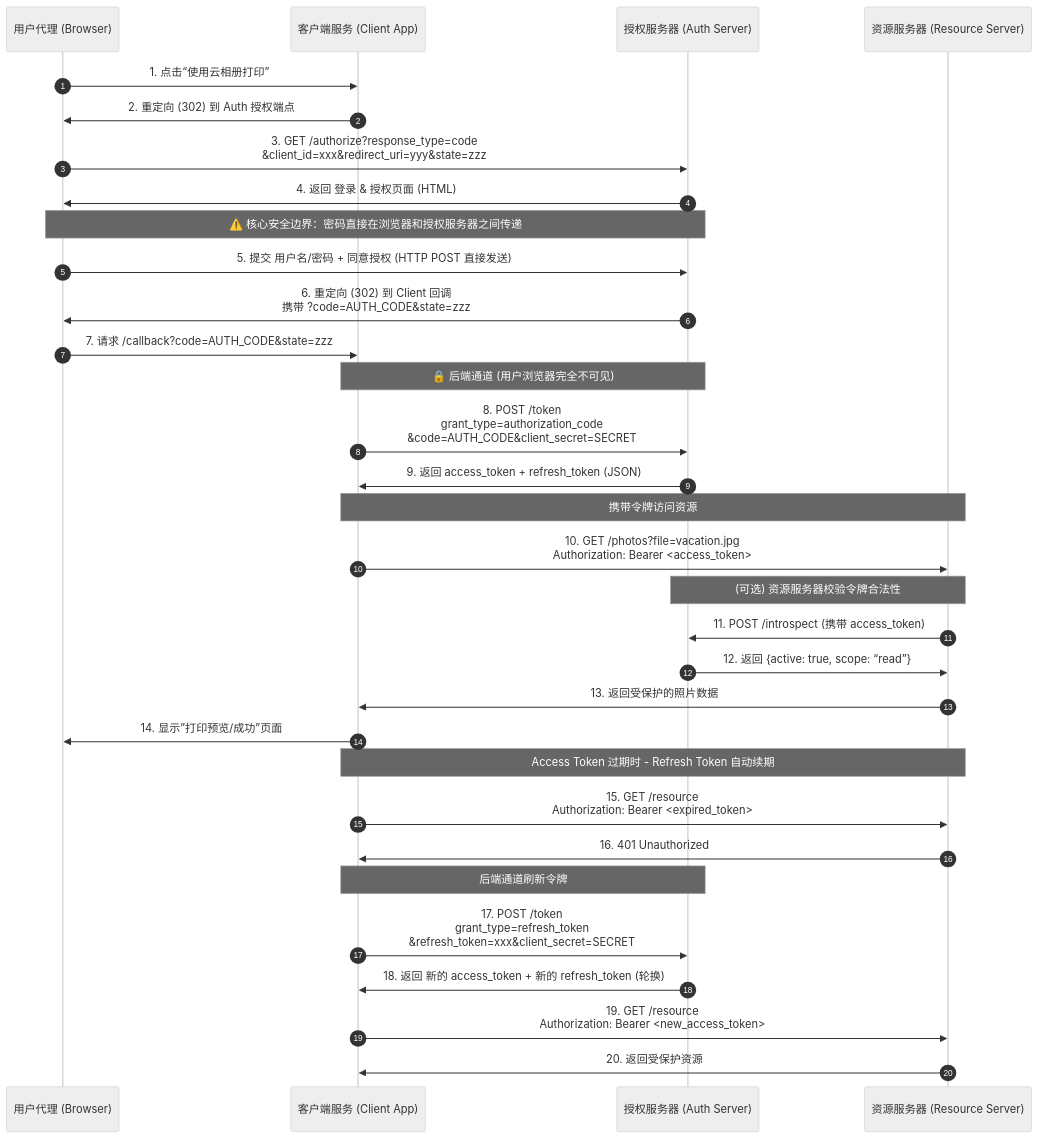
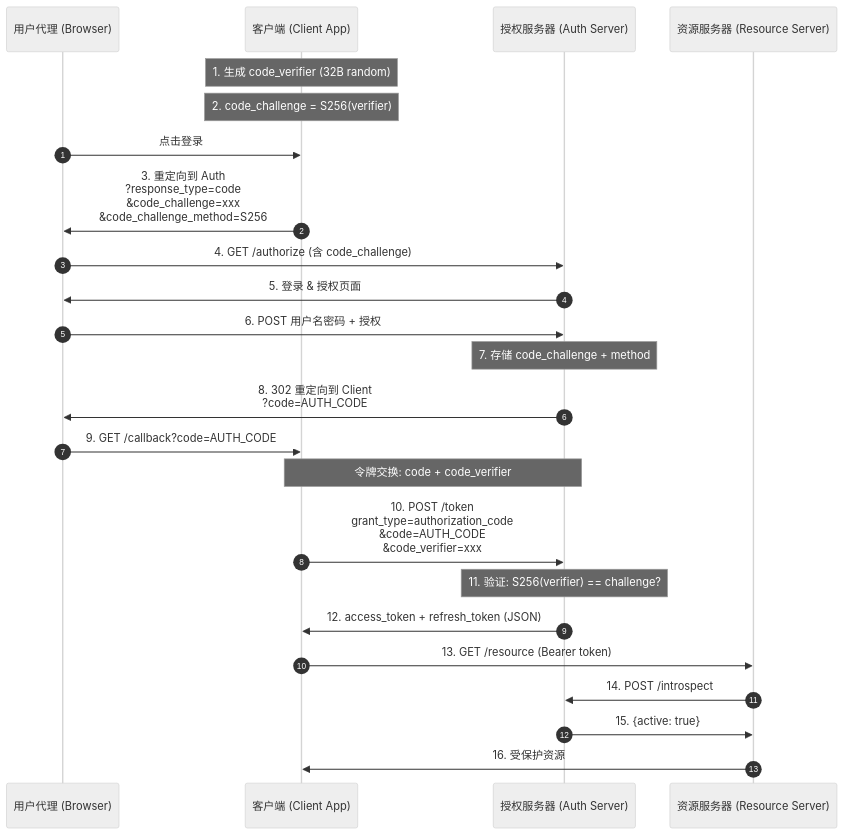
Before and after one commit to HulnotHutu/oauth2-study: the diagram in cmd/Authorization-Code-PKCE/status.md, drawn with Mermaid (neutral theme). The commit also changed other lines of this file and 5 other files, not shown here.

````diff
--- a/cmd/Authorization-Code-PKCE/status.md
+++ b/cmd/Authorization-Code-PKCE/status.md
@@ -45,44 +57,33 @@
 ```mermaid
 sequenceDiagram
     autonumber
     participant Browser as 用户代理 (Browser)
-    participant Client as 客户端服务 (Client App)
+    participant Client as 客户端 (Client App)
     participant Auth as 授权服务器 (Auth Server)
     participant Resource as 资源服务器 (Resource Server)
 
-    Browser->>Client: 1. 点击“使用云相册打印”
-    Client->>Browser: 2. 重定向 (302) 到 Auth 授权端点
-    Browser->>Auth: 3. GET /authorize?response_type=code<br/>&client_id=xxx&redirect_uri=yyy&state=zzz
-    Auth->>Browser: 4. 返回 登录 & 授权页面 (HTML)
+    Note over Client: 1. 生成 code_verifier (32B random)
+    Note over Client: 2. code_challenge = S256(verifier)
     
-    Note over Browser, Auth: ⚠️ 核心安全边界：密码直接在浏览器和授权服务器之间传递
-    Browser->>Auth: 5. 提交 用户名/密码 + 同意授权 (HTTP POST 直接发送)
+    Browser->>Client: 点击登录
+    Client->>Browser: 3. 重定向到 Auth<br/>?response_type=code<br/>&code_challenge=xxx<br/>&code_challenge_method=S256
+    Browser->>Auth: 4. GET /authorize (含 code_challenge)
     
-    Auth->>Browser: 6. 重定向 (302) 到 Client 回调<br/>携带 ?code=AUTH_CODE&state=zzz
-    Browser->>Client: 7. 请求 /callback?code=AUTH_CODE&state=zzz
+    Auth->>Browser: 5. 登录 & 授权页面
+    Browser->>Auth: 6. POST 用户名密码 + 授权
     
-    Note over Client, Auth: 🔒 后端通道 (用户浏览器完全不可见)
-    Client->>Auth: 8. POST /token<br/>grant_type=authorization_code<br/>&code=AUTH_CODE&client_secret=SECRET
-    Auth->>Client: 9. 返回 access_token + refresh_token (JSON)
+    Note over Auth: 7. 存储 code_challenge + method
+    Auth->>Browser: 8. 302 重定向到 Client<br/>?code=AUTH_CODE
     
-    Note over Client, Resource: 携带令牌访问资源
-    Client->>Resource: 10. GET /photos?file=vacation.jpg<br/>Authorization: Bearer <access_token>
-    
-    Note over Resource, Auth: (可选) 资源服务器校验令牌合法性
-    Resource->>Auth: 11. POST /introspect (携带 access_token)
-    Auth->>Resource: 12. 返回 {active: true, scope: “read”}
-    
-    Resource->>Client: 13. 返回受保护的照片数据
-    Client->>Browser: 14. 显示”打印预览/成功”页面
+    Browser->>Client: 9. GET /callback?code=AUTH_CODE
 
-    Note over Client, Resource: Access Token 过期时 - Refresh Token 自动续期
-    Client->>Resource: 15. GET /resource<br/>Authorization: Bearer <expired_token>
-    Resource->>Client: 16. 401 Unauthorized
+    Note over Client, Auth: 令牌交换: code + code_verifier
+    Client->>Auth: 10. POST /token<br/>grant_type=authorization_code<br/>&code=AUTH_CODE<br/>&code_verifier=xxx
+    Note over Auth: 11. 验证: S256(verifier) == challenge?
+    Auth->>Client: 12. access_token + refresh_token (JSON)
 
-    Note over Client, Auth: 后端通道刷新令牌
-    Client->>Auth: 17. POST /token<br/>grant_type=refresh_token<br/>&refresh_token=xxx&client_secret=SECRET
-    Auth->>Client: 18. 返回 新的 access_token + 新的 refresh_token (轮换)
-
-    Client->>Resource: 19. GET /resource<br/>Authorization: Bearer <new_access_token>
-    Resource->>Client: 20. 返回受保护资源
+    Client->>Resource: 13. GET /resource (Bearer token)
+    Resource->>Auth: 14. POST /introspect
+    Auth->>Resource: 15. {active: true}
+    Resource->>Client: 16. 受保护资源
 ```
````
